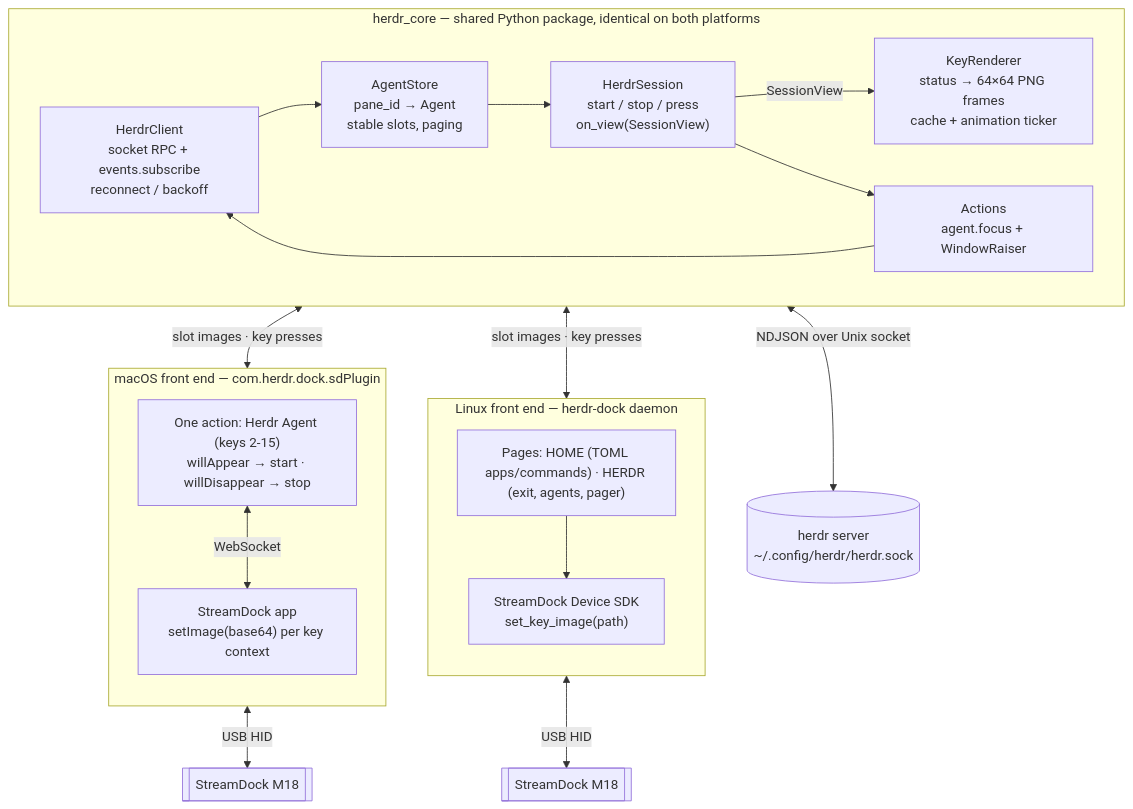
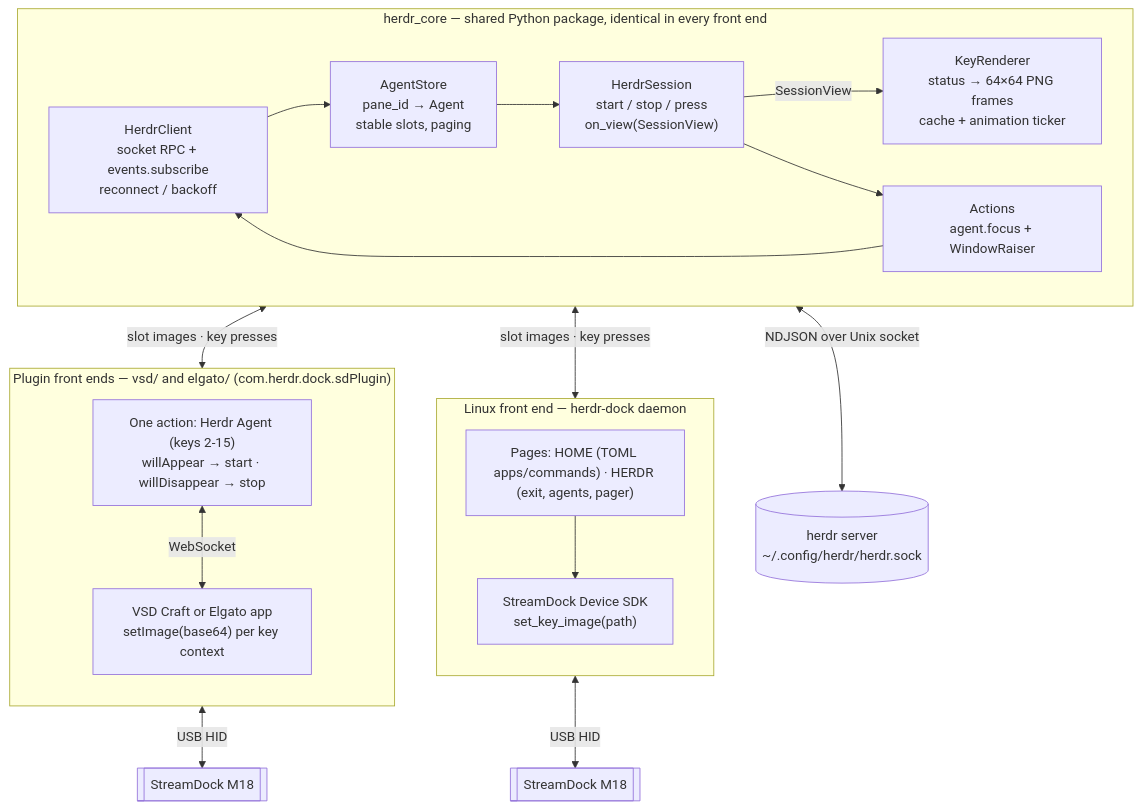
Before and after one commit to gedovkl/herdr-dock: the first of 7 diagrams in DESIGN.md, drawn with Mermaid. The commit also changed other lines of this file and 82 other files, not shown here.

First line of the commit message:
Add the Elgato Stream Deck plugin on a shared plugin layer

````diff
--- a/DESIGN.md
+++ b/DESIGN.md
@@ -94,38 +96,38 @@
 ```mermaid
 flowchart TB
-    subgraph core["herdr_core — shared Python package, identical on both platforms"]
+    subgraph core["herdr_core — shared Python package, identical in every front end"]
         direction LR
         client["HerdrClient<br/>socket RPC + events.subscribe<br/>reconnect / backoff"]
         store["AgentStore<br/>pane_id → Agent<br/>stable slots, paging"]
         render["KeyRenderer<br/>status → 64×64 PNG frames<br/>cache + animation ticker"]
         actions["Actions<br/>agent.focus + WindowRaiser"]
         session["HerdrSession<br/>start / stop / press<br/>on_view(SessionView)"]
         client --> store --> session
         session -->|SessionView| render
         session --> actions --> client
     end
 
     subgraph linux["Linux front end — herdr-dock daemon"]
         direction TB
         lpages["Pages: HOME (TOML apps/commands) · HERDR (exit, agents, pager)"]
         lsdk["StreamDock Device SDK<br/>set_key_image(path)"]
         lpages --> lsdk
     end
 
-    subgraph mac["macOS front end — com.herdr.dock.sdPlugin"]
+    subgraph mac["Plugin front ends — vsd/ and elgato/ (com.herdr.dock.sdPlugin)"]
         direction TB
         mplugin["One action: Herdr Agent (keys 2-15)<br/>willAppear → start · willDisappear → stop"]
-        mapp["StreamDock app<br/>setImage(base64) per key context"]
+        mapp["VSD Craft or Elgato app<br/>setImage(base64) per key context"]
         mplugin <-->|WebSocket| mapp
     end
 
     herdr[("herdr server<br/>~/.config/herdr/herdr.sock")]
     m18L[["StreamDock M18"]]
     m18M[["StreamDock M18"]]
 
     client <-->|NDJSON over Unix socket| herdr
     session <-->|slot images · key presses| lpages
     session <-->|slot images · key presses| mplugin
     lsdk <-->|USB HID| m18L
     mapp <-->|USB HID| m18M
 ```
````
